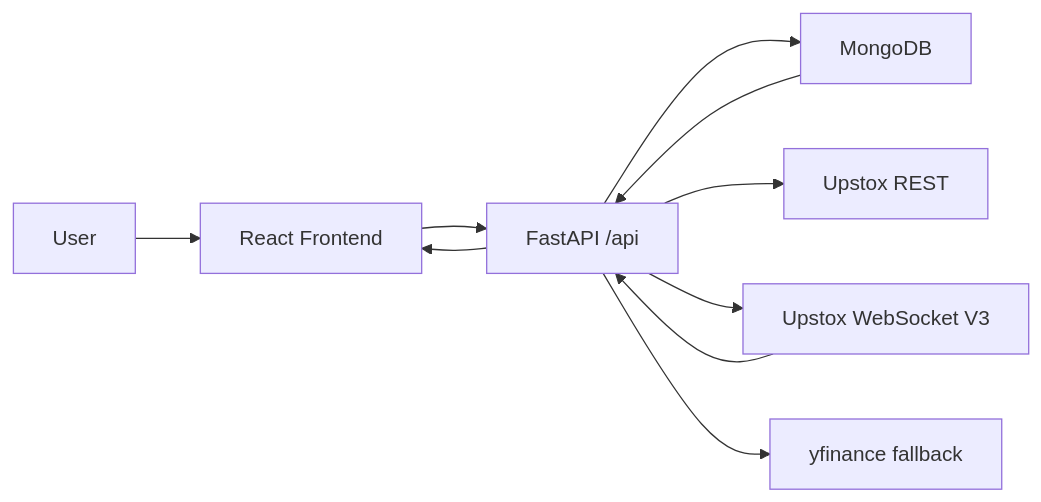
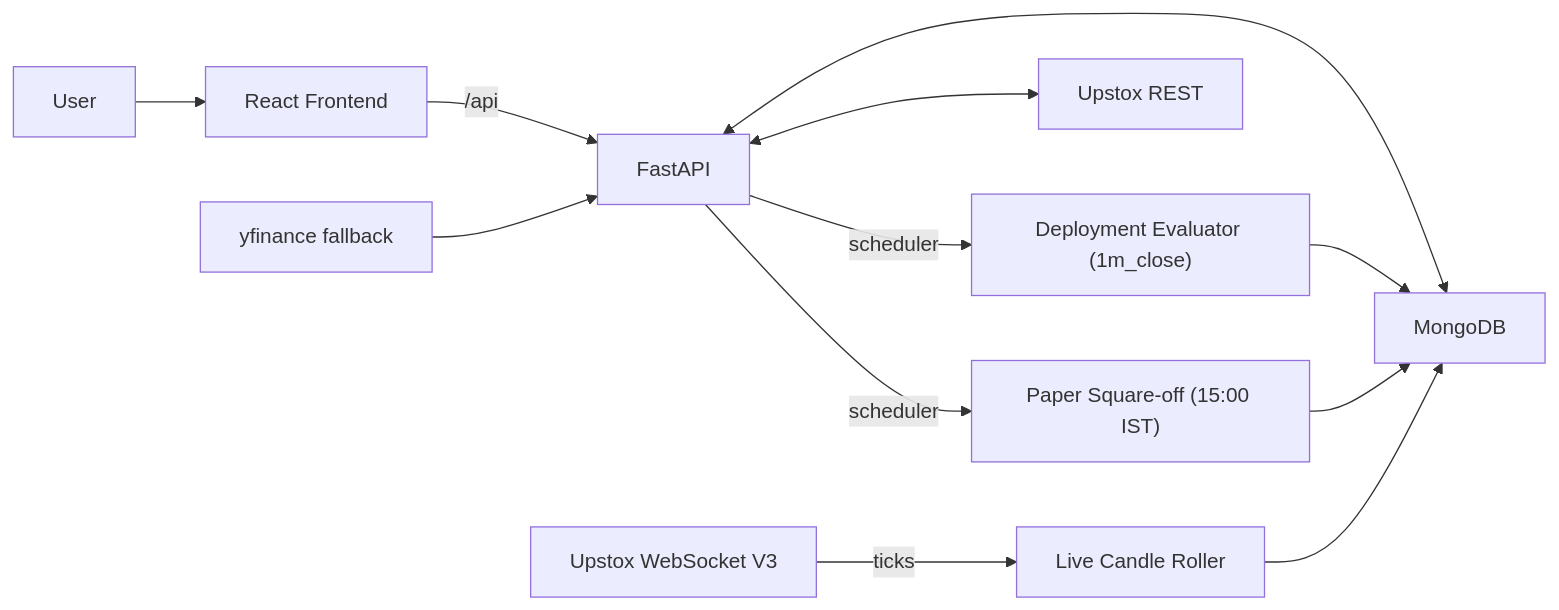
Before and after one commit to hrninfomeet-wq/Emergent-AlphaForge: the first of 2 diagrams in docs/ARCHITECTURE.md, drawn with Mermaid. The commit also changed other lines of this file and 19 other files, not shown here.

````diff
--- a/docs/ARCHITECTURE.md
+++ b/docs/ARCHITECTURE.md
@@ -21,12 +22,14 @@
 ```mermaid
 flowchart LR
   U["User"] --> F["React Frontend"]
-  F --> A["FastAPI /api"]
-  A --> M["MongoDB"]
-  A --> B["Upstox REST"]
-  A --> WS["Upstox WebSocket V3"]
-  A --> Y["yfinance fallback"]
-  M --> A
-  WS --> A
-  A --> F
+  F -->|"/api"| A["FastAPI"]
+  A <--> M["MongoDB"]
+  A <--> B["Upstox REST"]
+  WS["Upstox WebSocket V3"] -->|"ticks"| ROL["Live Candle Roller"]
+  ROL --> M
+  A -->|"scheduler"| E["Deployment Evaluator (1m_close)"]
+  E --> M
+  A -->|"scheduler"| SQ["Paper Square-off (15:00 IST)"]
+  SQ --> M
+  Y["yfinance fallback"] --> A
 ```
````
